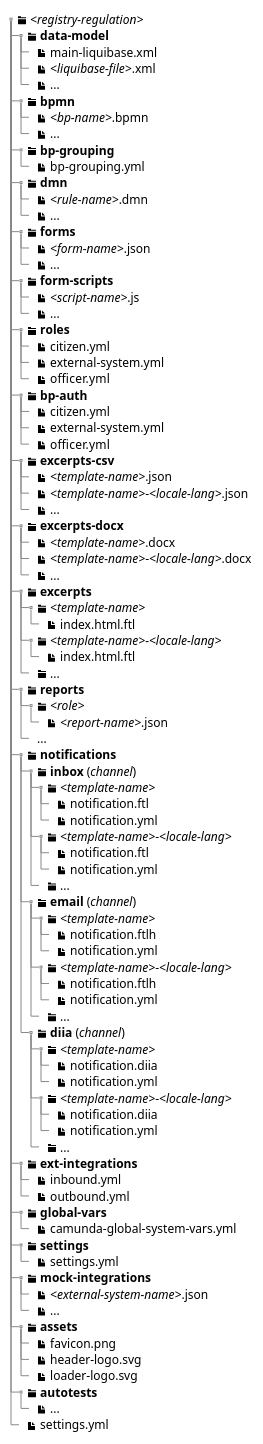
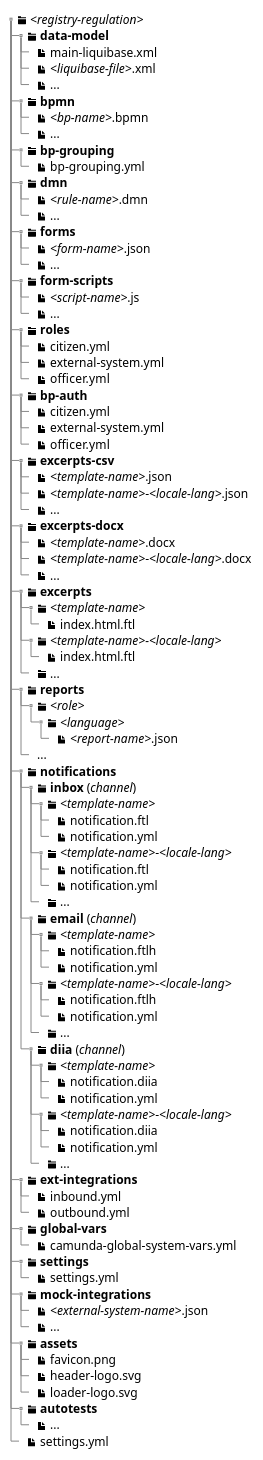
The diagram in docs/ua/modules/arch/pages/architecture/registry/administrative/regulation-management/registry-regulation/registry-regulation.adoc (epam/edp-ddm-architecture), drawn with PlantUML before and after one commit. The commit also changed other lines of this file and 10 other files, not shown here.

```diff
--- a/docs/ua/modules/arch/pages/architecture/registry/administrative/regulation-management/registry-regulation/registry-regulation.adoc
+++ b/docs/ua/modules/arch/pages/architecture/registry/administrative/regulation-management/registry-regulation/registry-regulation.adoc
@@ -77,7 +77,8 @@
 +++ <&folder> ...
 ++ <&folder> <b>reports</b>
 +++ <&folder> <i><role></i>
-++++ <&file> <i><report-name></i>.json
+++++ <&folder> <i><language></i>
++++++ <&file> <i><report-name></i>.json
 +++ ...
 ++ <&folder> <b>notifications</b>
 +++ <&folder> <b>inbox</b> (<i>channel</i>)
```
